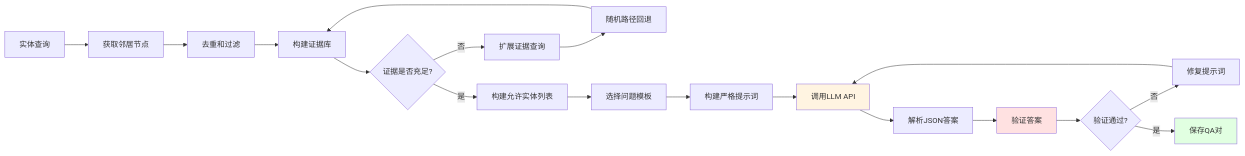
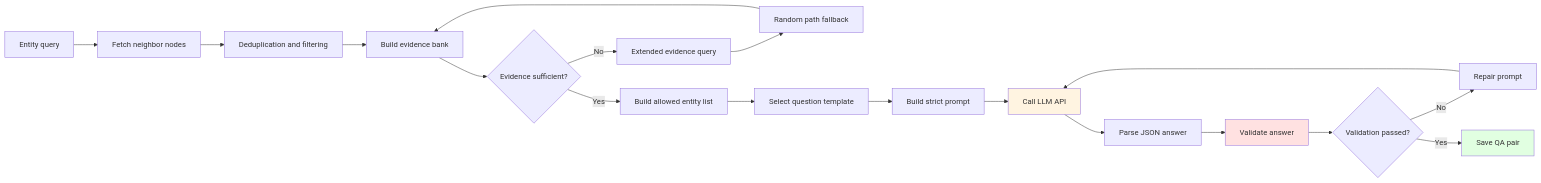
One commit to JackKuo666/QALoop changed the third of 7 diagrams in pipelines/kg_synthesis/README.md. Above: the diagram before and after it, drawn with Mermaid. The commit also changed other lines of this file and 25 other files, not shown here.

````diff
--- a/pipelines/kg_synthesis/README.md
+++ b/pipelines/kg_synthesis/README.md
@@ -388,24 +388,24 @@
 ```mermaid
 graph LR
-    A[实体查询] --> B[获取邻居节点]
-    B --> C[去重和过滤]
-    C --> D[构建证据库]
-    D --> E{证据是否充足?}
-    E -->|否| F[扩展证据查询]
-    F --> G[随机路径回退]
+    A[Entity query] --> B[Fetch neighbor nodes]
+    B --> C[Deduplication and filtering]
+    C --> D[Build evidence bank]
+    D --> E{Evidence sufficient?}
+    E -->|No| F[Extended evidence query]
+    F --> G[Random path fallback]
     G --> D
-    E -->|是| H[构建允许实体列表]
-    H --> I[选择问题模板]
-    I --> J[构建严格提示词]
-    J --> K[调用LLM API]
-    K --> L[解析JSON答案]
-    L --> M[验证答案]
-    M --> N{验证通过?}
-    N -->|否| O[修复提示词]
+    E -->|Yes| H[Build allowed entity list]
+    H --> I[Select question template]
+    I --> J[Build strict prompt]
+    J --> K[Call LLM API]
+    K --> L[Parse JSON answer]
+    L --> M[Validate answer]
+    M --> N{Validation passed?}
+    N -->|No| O[Repair prompt]
     O --> K
-    N -->|是| P[保存QA对]
+    N -->|Yes| P[Save QA pair]
     
     style K fill:#fff4e1
     style M fill:#ffe1e1
     style P fill:#e1ffe1
 ```
````
